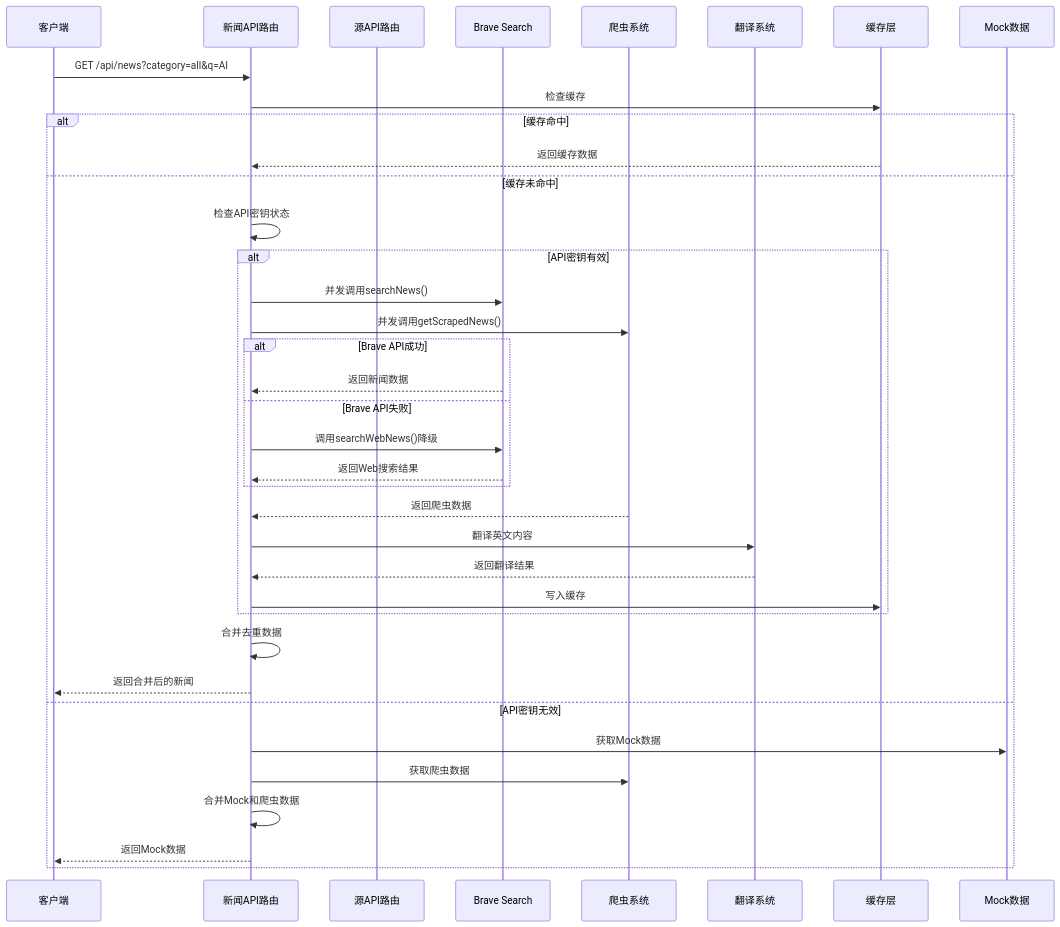
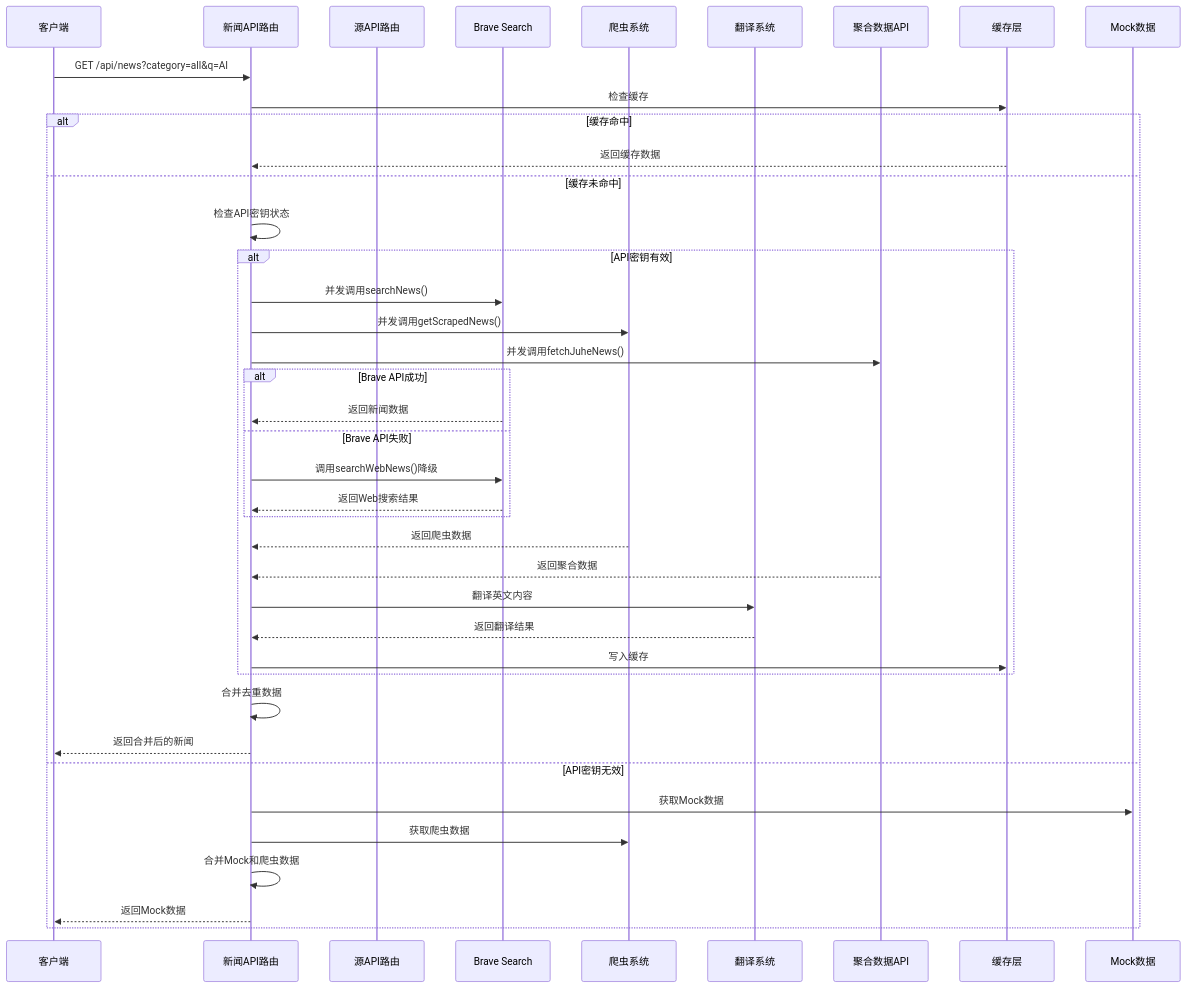
The third of 15 diagrams in .qoder/repowiki/zh/content/核心功能模块/新闻数据获取系统.md (zuozuoliu740-cmd/xianxiong-news), drawn with Mermaid before and after one commit. The commit also changed other lines of this file and 27 other files, not shown here.

Commit message:
feat: 新增AI实验室模块 - AI爆品替换工作台(视频替换/商品详情生成/图生视频/英文配音)、我的视频管理、首页入口卡片

````diff
--- a/.qoder/repowiki/zh/content/核心功能模块/新闻数据获取系统.md
+++ b/.qoder/repowiki/zh/content/核心功能模块/新闻数据获取系统.md
@@ -176,39 +228,42 @@
 ```mermaid
 sequenceDiagram
 participant Client as 客户端
 participant NewsAPI as 新闻API路由
 participant SourcesAPI as 源API路由
 participant Brave as Brave Search
 participant Scraper as 爬虫系统
 participant Translator as 翻译系统
+participant JuheAPI as 聚合数据API
 participant Cache as 缓存层
 participant Mock as Mock数据
 Client->>NewsAPI : GET /api/news?category=all&q=AI
 NewsAPI->>Cache : 检查缓存
 alt 缓存命中
 Cache-->>NewsAPI : 返回缓存数据
 else 缓存未命中
 NewsAPI->>NewsAPI : 检查API密钥状态
 alt API密钥有效
 NewsAPI->>Brave : 并发调用searchNews()
 NewsAPI->>Scraper : 并发调用getScrapedNews()
+NewsAPI->>JuheAPI : 并发调用fetchJuheNews()
 alt Brave API成功
 Brave-->>NewsAPI : 返回新闻数据
 else Brave API失败
 NewsAPI->>Brave : 调用searchWebNews()降级
 Brave-->>NewsAPI : 返回Web搜索结果
 end
 Scraper-->>NewsAPI : 返回爬虫数据
+JuheAPI-->>NewsAPI : 返回聚合数据
 NewsAPI->>Translator : 翻译英文内容
 Translator-->>NewsAPI : 返回翻译结果
 NewsAPI->>Cache : 写入缓存
 end
 NewsAPI->>NewsAPI : 合并去重数据
 NewsAPI-->>Client : 返回合并后的新闻
 else API密钥无效
 NewsAPI->>Mock : 获取Mock数据
 NewsAPI->>Scraper : 获取爬虫数据
 NewsAPI->>NewsAPI : 合并Mock和爬虫数据
 NewsAPI-->>Client : 返回Mock数据
 end
 ```
````
